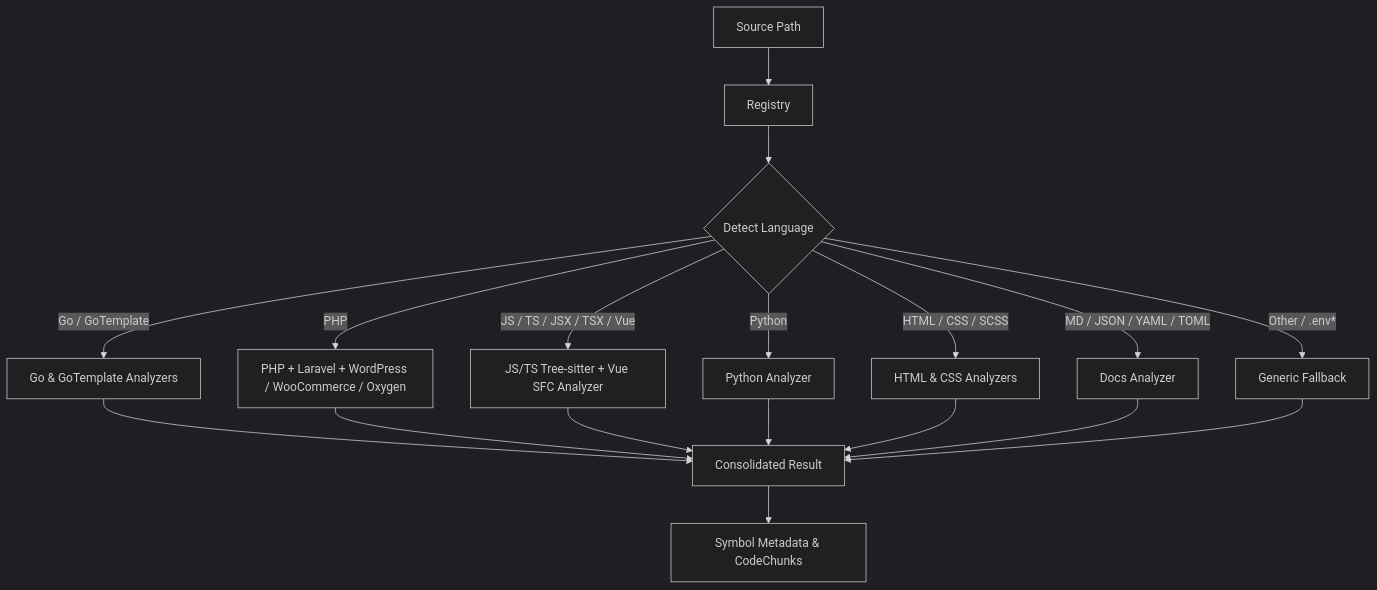
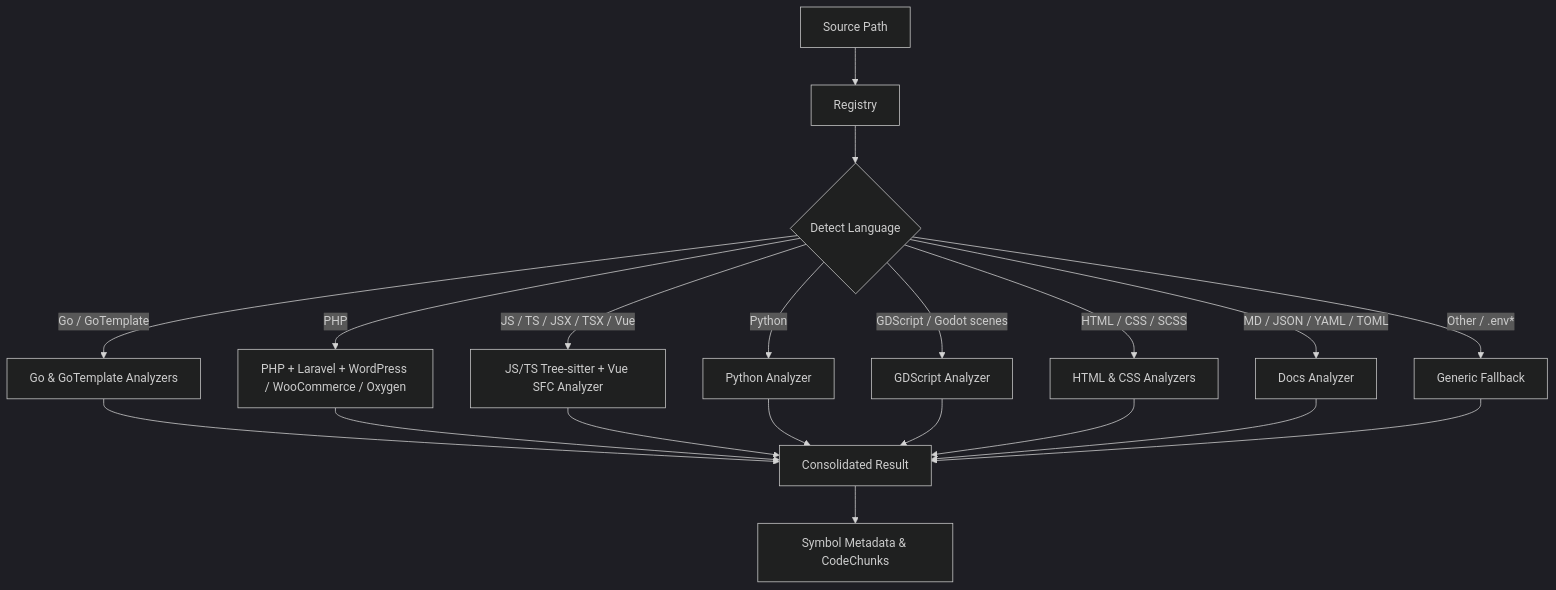
One commit to doITmagic/rag-code-mcp changed the diagram in pkg/parser/README.md. Above: the diagram before and after it, drawn with Mermaid (dark theme). The commit also changed other lines of this file and 20 other files, not shown here.

First line of the commit message:
feat(parser): add GDScript / Godot analyzer

````diff
--- a/pkg/parser/README.md
+++ b/pkg/parser/README.md
@@ -9,15 +9,16 @@
 ```mermaid
 graph TD
     A[Source Path] --> B[Registry]
     B --> C{Detect Language}
     C -->|Go / GoTemplate| D[Go & GoTemplate Analyzers]
     C -->|PHP| E[PHP + Laravel + WordPress / WooCommerce / Oxygen]
     C -->|JS / TS / JSX / TSX / Vue| F[JS/TS Tree-sitter + Vue SFC Analyzer]
     C -->|Python| G[Python Analyzer]
+    C -->|GDScript / Godot scenes| M[GDScript Analyzer]
     C -->|HTML / CSS / SCSS| H[HTML & CSS Analyzers]
     C -->|MD / JSON / YAML / TOML| I[Docs Analyzer]
     C -->|Other / .env*| J[Generic Fallback]
 
-    D & E & F & G & H & I & J --> K[Consolidated Result]
+    D & E & F & G & M & H & I & J --> K[Consolidated Result]
     K --> L[Symbol Metadata & CodeChunks]
 ```
````
